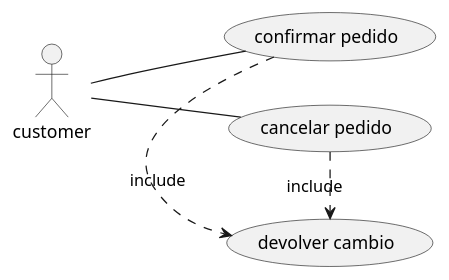
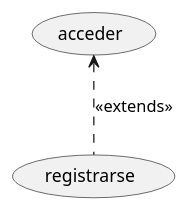
Before and after one commit to jorgealll/plantt1: the diagram in src/archivoplant.puml, drawn with PlantUML. The commit also changed other lines of this file, not shown here.

Commit message:
commit extend

```diff
--- a/src/archivoplant.puml
+++ b/src/archivoplant.puml
@@ -1,14 +1,5 @@
 @startuml
 'https://plantuml.com/sequence-diagram
 
-left to right direction
-skinparam packageStyle rectangle
-actor customer
-
-
-  customer -- (confirmar pedido)
-  customer -- (cancelar pedido)
-(confirmar pedido) .> (devolver cambio) : include
-(cancelar pedido) .> (devolver cambio) : include
-
+(acceder) <.. (registrarse) : <<extends>>
 @enduml
```
